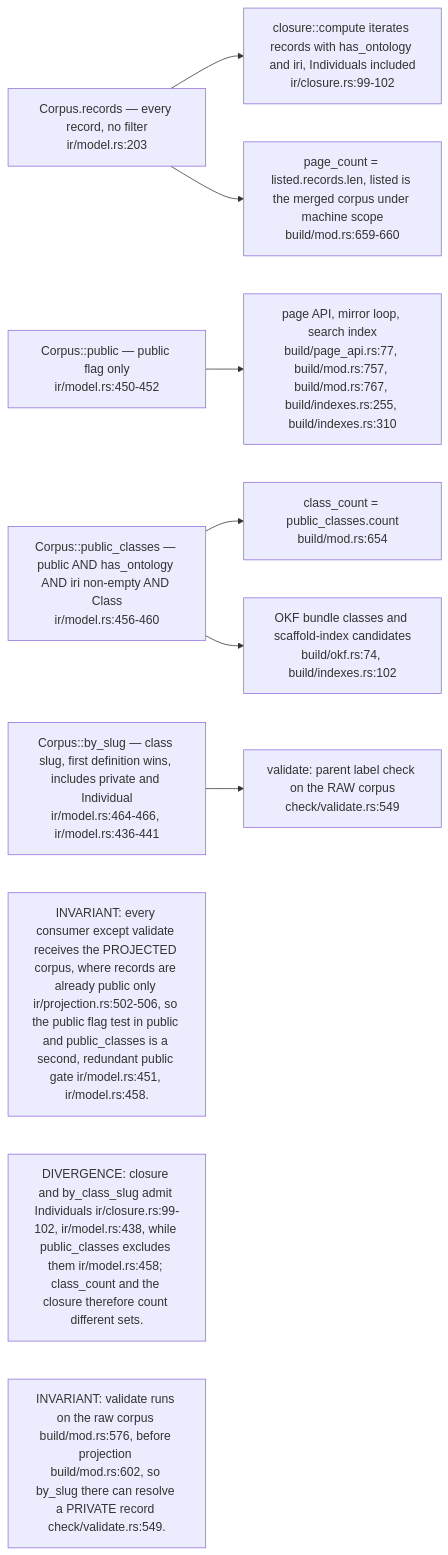
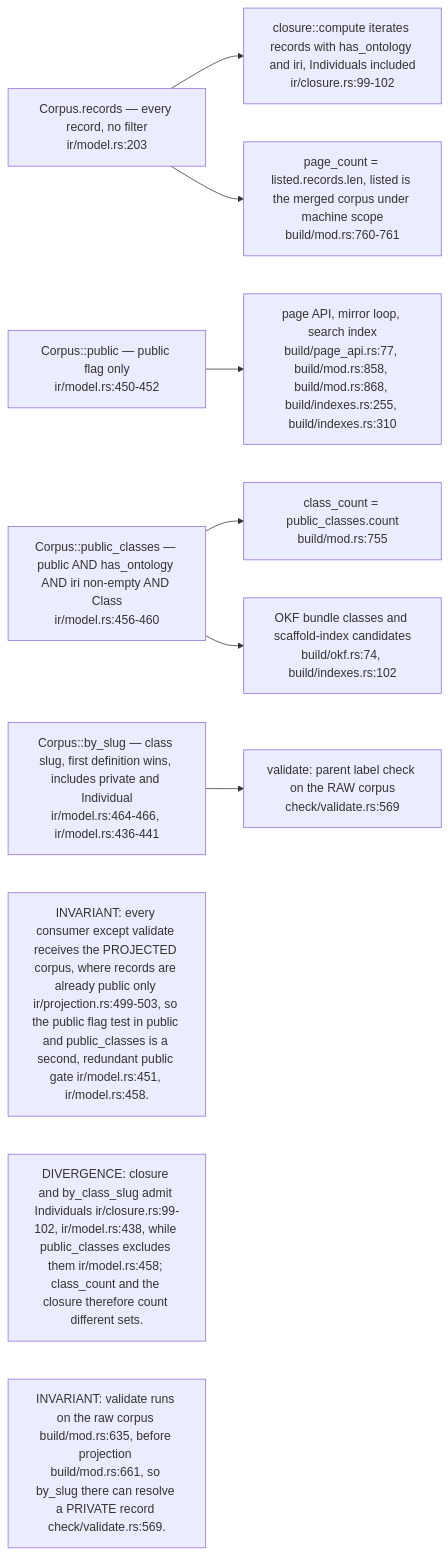
Before and after one commit to DreamLab-AI/VisionFlow: the second of 6 diagrams in docs/diagrams/ontomark/02-ir-corpus-projection-and-redaction.md, drawn with Mermaid. The commit also changed other lines of this file and 160 other files, not shown here.

````diff
--- a/docs/diagrams/ontomark/02-ir-corpus-projection-and-redaction.md
+++ b/docs/diagrams/ontomark/02-ir-corpus-projection-and-redaction.md
@@ -84,22 +84,22 @@
 ```mermaid
 flowchart LR
     REC["Corpus.records — every record, no filter<br/>ir/model.rs:203"]
     PUB["Corpus::public — public flag only<br/>ir/model.rs:450-452"]
     PCL["Corpus::public_classes — public AND has_ontology AND iri non-empty AND Class<br/>ir/model.rs:456-460"]
     BYS["Corpus::by_slug — class slug, first definition wins, includes private and Individual<br/>ir/model.rs:464-466, ir/model.rs:436-441"]
     C1["closure::compute iterates records with has_ontology and iri, Individuals included<br/>ir/closure.rs:99-102"]
-    C2["page_count = listed.records.len, listed is the merged corpus under machine scope<br/>build/mod.rs:659-660"]
-    C3["class_count = public_classes.count<br/>build/mod.rs:654"]
+    C2["page_count = listed.records.len, listed is the merged corpus under machine scope<br/>build/mod.rs:760-761"]
+    C3["class_count = public_classes.count<br/>build/mod.rs:755"]
     C4["OKF bundle classes and scaffold-index candidates<br/>build/okf.rs:74, build/indexes.rs:102"]
-    C5["page API, mirror loop, search index<br/>build/page_api.rs:77, build/mod.rs:757, build/mod.rs:767, build/indexes.rs:255, build/indexes.rs:310"]
-    C6["validate: parent label check on the RAW corpus<br/>check/validate.rs:549"]
+    C5["page API, mirror loop, search index<br/>build/page_api.rs:77, build/mod.rs:858, build/mod.rs:868, build/indexes.rs:255, build/indexes.rs:310"]
+    C6["validate: parent label check on the RAW corpus<br/>check/validate.rs:569"]
     REC --> C1
     REC --> C2
     PCL --> C3
     PCL --> C4
     PUB --> C5
     BYS --> C6
-    n1["INVARIANT: every consumer except validate receives the PROJECTED corpus, where records are already public only ir/projection.rs:502-506, so the public flag test in public and public_classes is a second, redundant public gate ir/model.rs:451, ir/model.rs:458."]
+    n1["INVARIANT: every consumer except validate receives the PROJECTED corpus, where records are already public only ir/projection.rs:499-503, so the public flag test in public and public_classes is a second, redundant public gate ir/model.rs:451, ir/model.rs:458."]
     n2["DIVERGENCE: closure and by_class_slug admit Individuals ir/closure.rs:99-102, ir/model.rs:438, while public_classes excludes them ir/model.rs:458; class_count and the closure therefore count different sets."]
-    n3["INVARIANT: validate runs on the raw corpus build/mod.rs:576, before projection build/mod.rs:602, so by_slug there can resolve a PRIVATE record check/validate.rs:549."]
+    n3["INVARIANT: validate runs on the raw corpus build/mod.rs:635, before projection build/mod.rs:661, so by_slug there can resolve a PRIVATE record check/validate.rs:569."]
 ```
````
